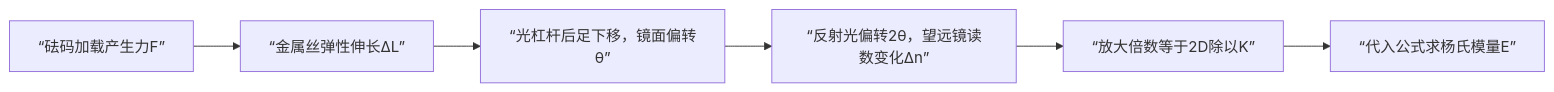
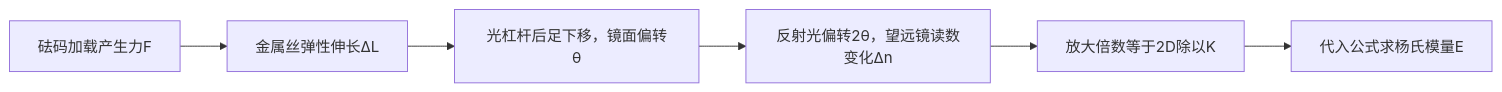
Before and after one commit to LiuandXu/physics-experiment-wiki: the diagram in docs/05-杨氏模量.md, drawn with Mermaid. The commit also changed other lines of this file and 8 other files, not shown here.

````diff
--- a/docs/05-杨氏模量.md
+++ b/docs/05-杨氏模量.md
@@ -203,8 +203,8 @@
 ```mermaid
 flowchart LR
-    A[“砝码加载产生力F”] --> B[“金属丝弹性伸长ΔL”]
-    B --> C[“光杠杆后足下移，镜面偏转θ”]
-    C --> D[“反射光偏转2θ，望远镜读数变化Δn”]
-    D --> E[“放大倍数等于2D除以K”]
-    E --> F[“代入公式求杨氏模量E”]
+    A["砝码加载产生力F"] --> B["金属丝弹性伸长ΔL"]
+    B --> C["光杠杆后足下移，镜面偏转θ"]
+    C --> D["反射光偏转2θ，望远镜读数变化Δn"]
+    D --> E["放大倍数等于2D除以K"]
+    E --> F["代入公式求杨氏模量E"]
 ```
````
